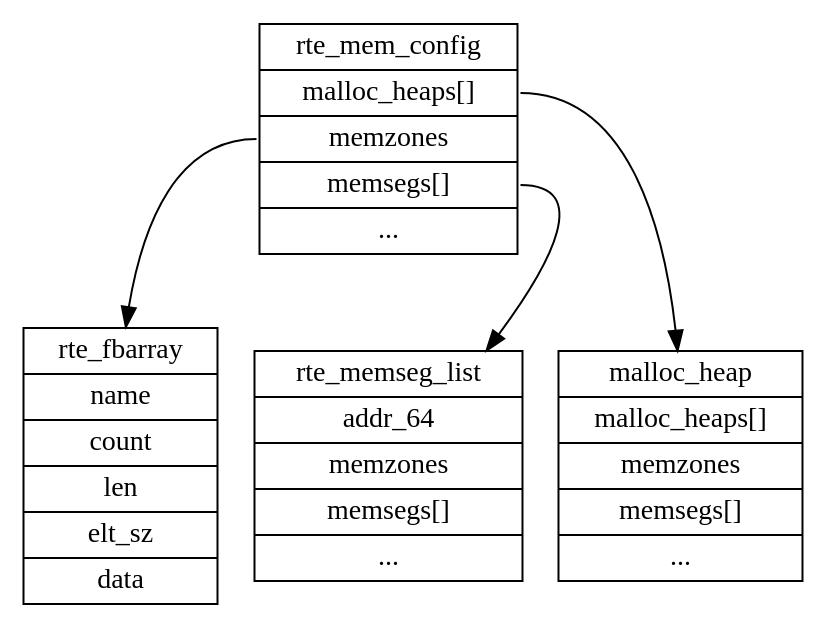
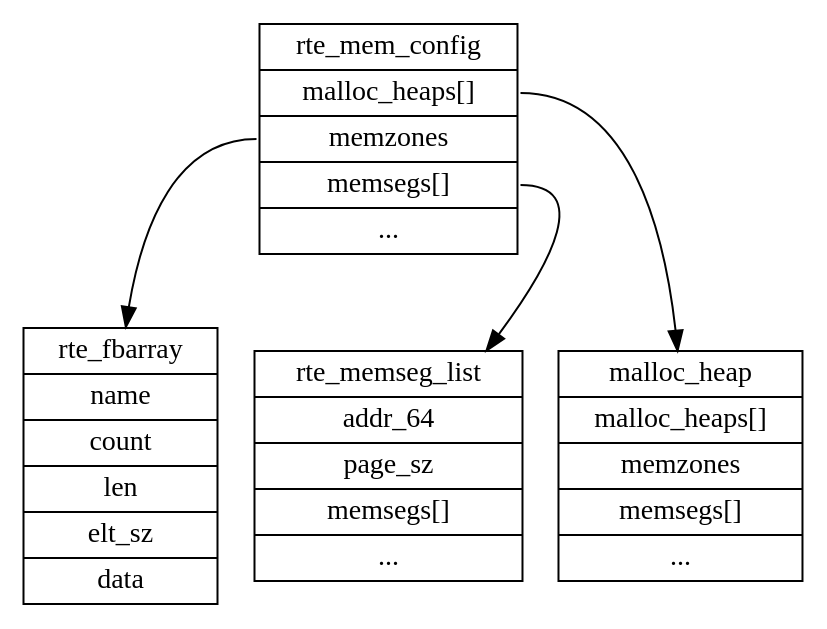
Before and after one commit to sisyphus1212/note: the diagram in dpdk/内存管理.md, drawn with Graphviz.

Commit message:
auto_update

````diff
--- a/dpdk/内存管理.md
+++ b/dpdk/内存管理.md
@@ -16,48 +16,48 @@
 ```graphviz
 digraph {
 	rte_mem_config[
 		label = "{
 		<f0>rte_mem_config|
         <f1>malloc_heaps[]|
 		<f2>memzones|
 		<f3>memsegs[]|
 		<f4>...
 		}",
 		shape = "record"
 	];
 	rte_fbarray[
 		label = "{
 		rte_fbarray|
         name|
 		count|
 		len|
 		elt_sz|
 		data
 		}",
 		shape = "record"
 	];
 	rte_memseg_list[
 		label = "{
 		<f0>rte_memseg_list|
 		<f1>addr_64|
-		<f2>memzones|
+		<f2>page_sz|
 		<f3>memsegs[]|
 		<f4>...
 		}",
 		shape = "record"
 	];
 	malloc_heap[
 		label = "{
 		malloc_heap|
         malloc_heaps[]|
 		memzones|
 		memsegs[]|
 		...
 		}",
 		shape = "record"
 	];
 	rte_mem_config:f1 -> malloc_heap
 	rte_mem_config:f2 -> rte_fbarray
 	rte_mem_config:f3 -> rte_memseg_list
 }
 ```
````
